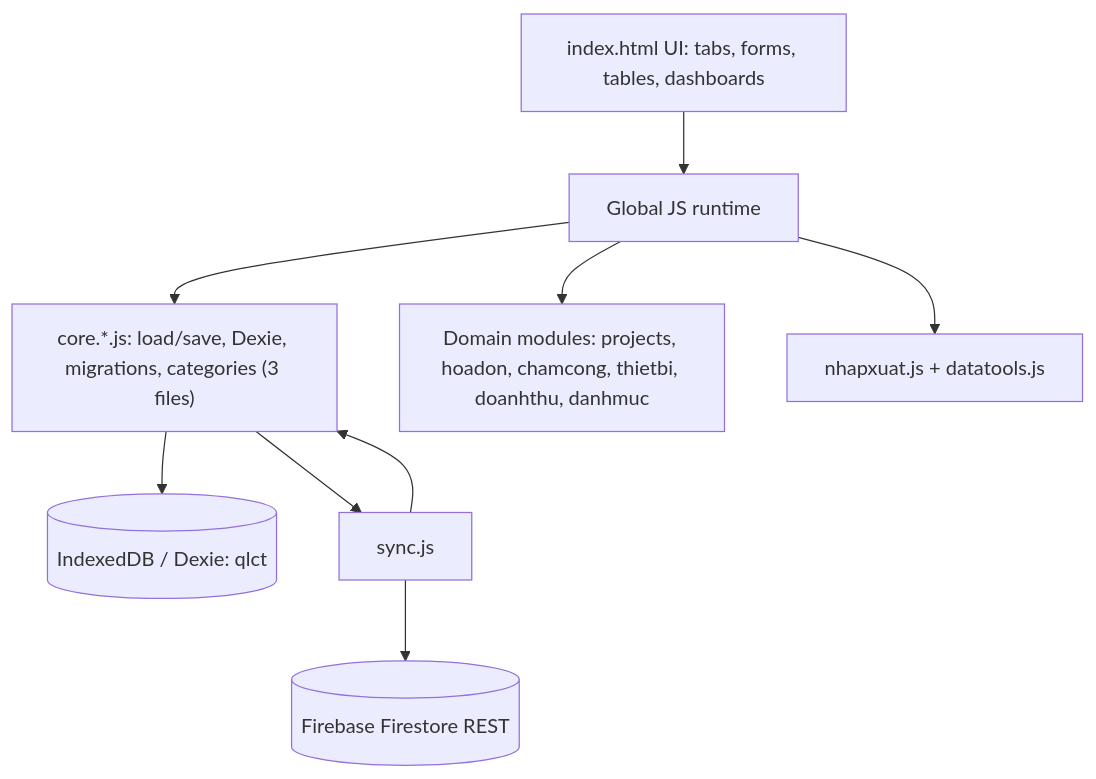
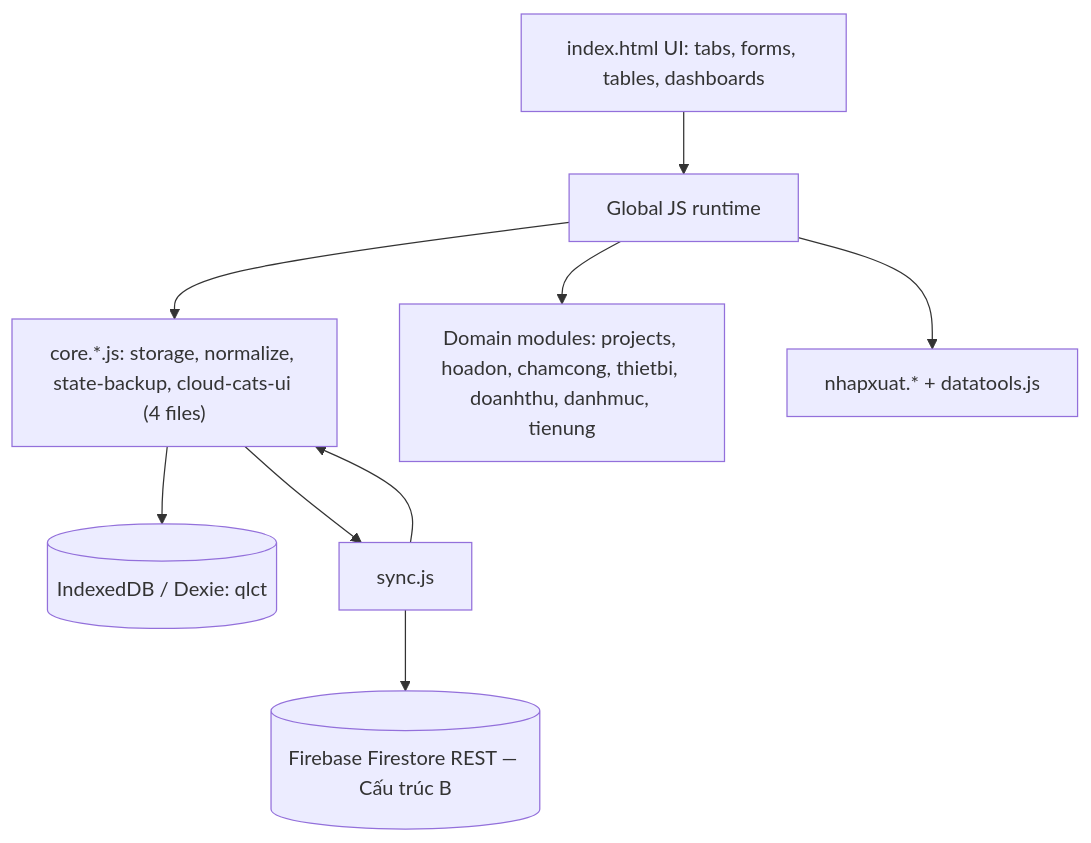
The first of 2 diagrams in AI_CONTEXT.md (d3en1992/Quan-Ly-Chi-Phi-Main-V1), drawn with Mermaid before and after one commit. The commit also changed other lines of this file and 2 other files, not shown here.

````diff
--- a/AI_CONTEXT.md
+++ b/AI_CONTEXT.md
@@ -20,11 +59,11 @@
 ```mermaid
 flowchart TD
   UI["index.html UI: tabs, forms, tables, dashboards"] --> JS["Global JS runtime"]
-  JS --> Core["core.*.js: load/save, Dexie, migrations, categories (3 files)"]
-  JS --> Domain["Domain modules: projects, hoadon, chamcong, thietbi, doanhthu, danhmuc"]
-  JS --> Tools["nhapxuat.js + datatools.js"]
+  JS --> Core["core.*.js: storage, normalize, state-backup, cloud-cats-ui (4 files)"]
+  JS --> Domain["Domain modules: projects, hoadon, chamcong, thietbi, doanhthu, danhmuc, tienung"]
+  JS --> Tools["nhapxuat.* + datatools.js"]
   Core --> IDB[("IndexedDB / Dexie: qlct")]
-  Sync["sync.js"] --> Cloud[("Firebase Firestore REST")]
+  Sync["sync.js"] --> Cloud[("Firebase Firestore REST — Cấu trúc B")]
   Core --> Sync
   Sync --> Core
 ```
````
